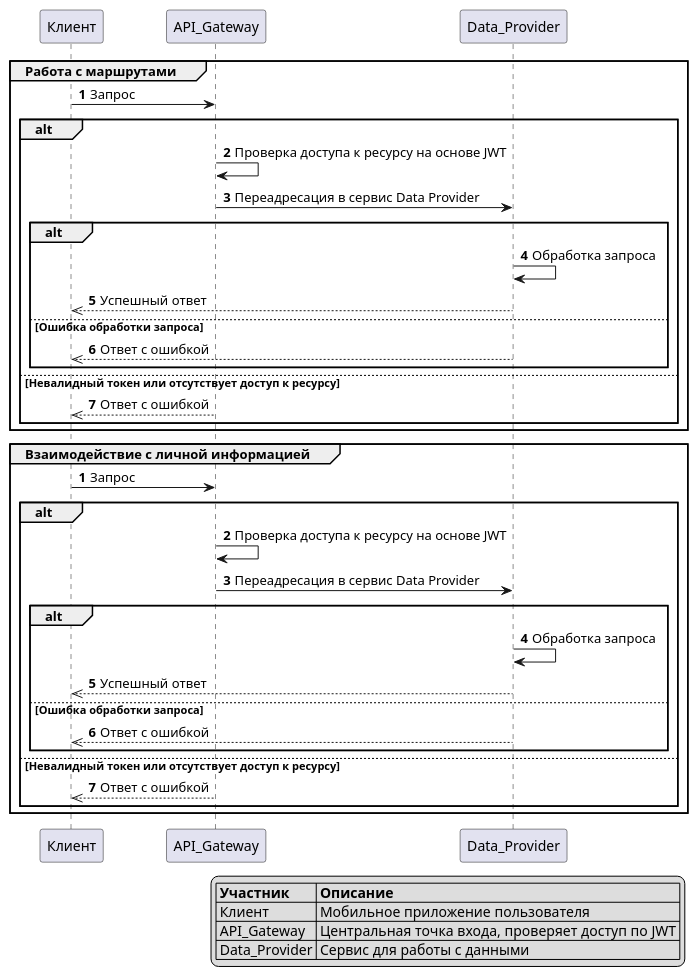
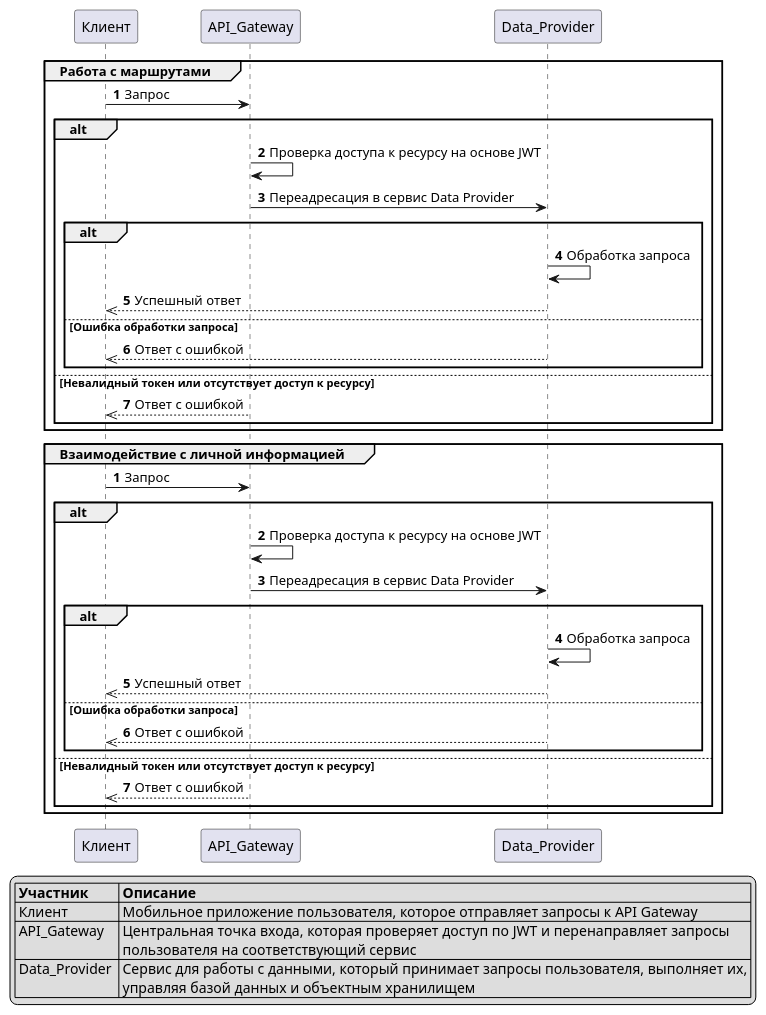
The diagram in diagrams/sequence/DataProvider.puml (Coursework-2024-25-WalkingRoutesApp/program-documentation), drawn with PlantUML before and after one commit. The commit also changed 2 other files, not shown here.

```diff
--- a/diagrams/sequence/DataProvider.puml
+++ b/diagrams/sequence/DataProvider.puml
@@ -1,44 +1,44 @@
 @startuml
 'https://plantuml.com/sequence-diagram
 
 autonumber
 group Работа с маршрутами
     Клиент -> API_Gateway: Запрос
     alt
     API_Gateway -> API_Gateway: Проверка доступа к ресурсу на основе JWT
     API_Gateway -> Data_Provider: Переадресация в сервис Data Provider
     alt
     Data_Provider -> Data_Provider: Обработка запроса
     Data_Provider -->> Клиент: Успешный ответ
     else Ошибка обработки запроса
     Data_Provider -->> Клиент:  Ответ с ошибкой
     end
     else Невалидный токен или отсутствует доступ к ресурсу
     API_Gateway -->> Клиент: Ответ с ошибкой
     end
 end
 
 autonumber
 group Взаимодействие с личной информацией
     Клиент -> API_Gateway: Запрос
     alt
     API_Gateway -> API_Gateway: Проверка доступа к ресурсу на основе JWT
     API_Gateway -> Data_Provider: Переадресация в сервис Data Provider
     alt
     Data_Provider -> Data_Provider: Обработка запроса
     Data_Provider -->> Клиент: Успешный ответ
     else Ошибка обработки запроса
     Data_Provider -->> Клиент:  Ответ с ошибкой
     end
     else Невалидный токен или отсутствует доступ к ресурсу
     API_Gateway -->> Клиент: Ответ с ошибкой
     end
 end
 
-legend right
-|= Участник |= Описание |
-| Клиент | Мобильное приложение пользователя |
-| API_Gateway | Центральная точка входа, проверяет доступ по JWT |
-| Data_Provider | Сервис для работы с данными |
+legend center
+|= Участник      |= Описание |
+| Клиент         | Мобильное приложение пользователя, которое отправляет запросы к API Gateway |
+| API_Gateway    | Центральная точка входа, которая проверяет доступ по JWT и перенаправляет запросы \n пользователя на соответствующий сервис |
+| Data_Provider  | Сервис для работы с данными, который принимает запросы пользователя, выполняет их, \n управляя базой данных и объектным хранилищем |
 endlegend
 @enduml
```
